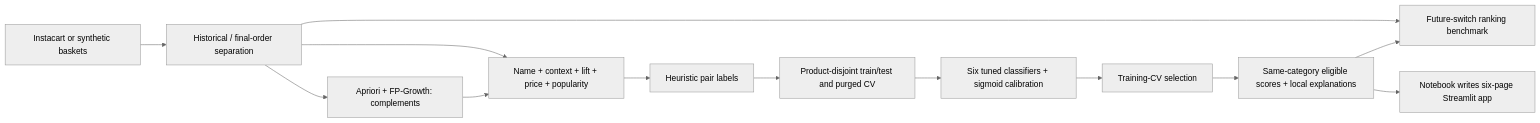
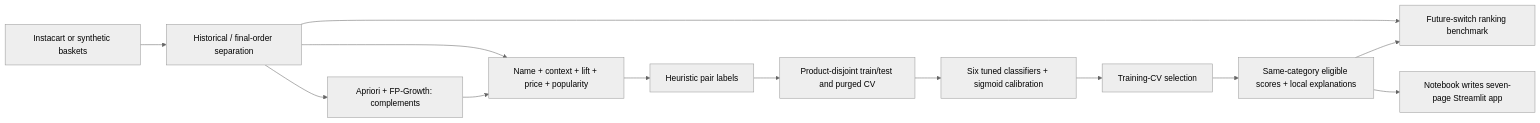
The diagram in README.md (RangaMokshagna/FreshMatch), drawn with Mermaid (neutral theme) before and after one commit. The commit also changed other lines of this file and 25 other files, not shown here.

````diff
--- a/README.md
+++ b/README.md
@@ -52,15 +76,15 @@
 ```mermaid
 flowchart LR
     A[Instacart or synthetic baskets] --> B[Historical / final-order separation]
     B --> C[Apriori + FP-Growth: complements]
     B --> D[Name + context + lift + price + popularity]
     C --> D
     D --> E[Heuristic pair labels]
     E --> F[Product-disjoint train/test and purged CV]
     F --> G[Six tuned classifiers + sigmoid calibration]
     G --> H[Training-CV selection]
     H --> I[Same-category eligible scores + local explanations]
     B --> J[Future-switch ranking benchmark]
     I --> J
-    I --> K[Notebook writes six-page Streamlit app]
+    I --> K[Notebook writes seven-page Streamlit app]
 ```
````
